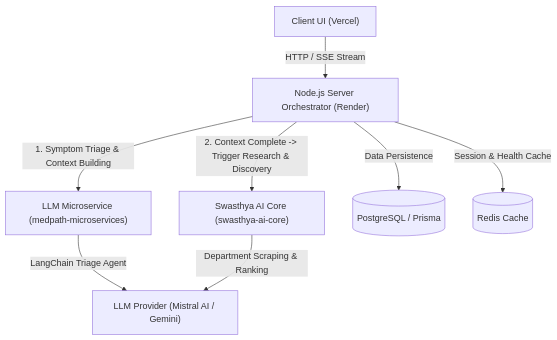
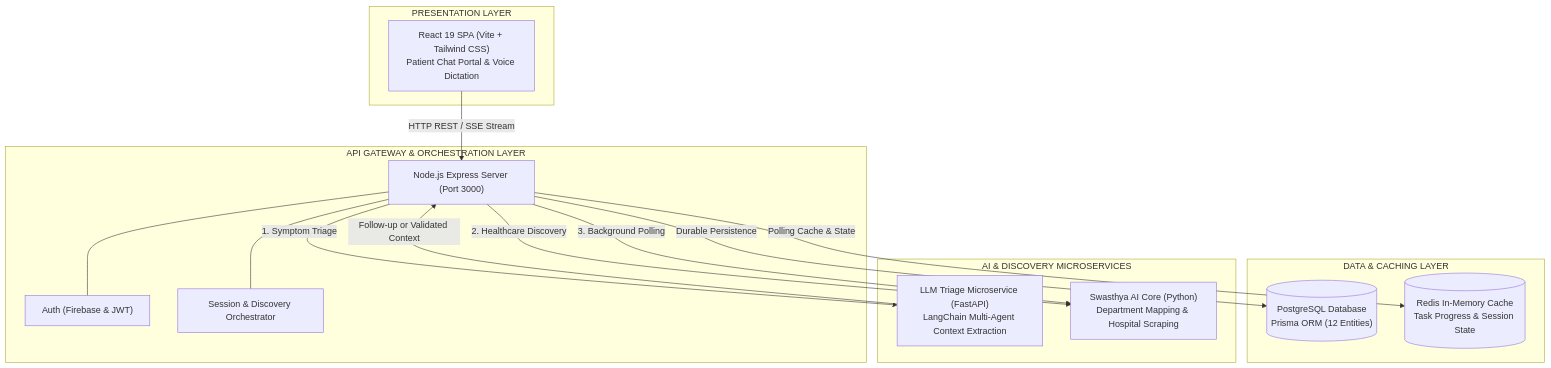
One commit to Amankumar140/MedPath changed the diagram in README.md. Above: the diagram before and after it, drawn with Mermaid. The commit also changed other lines of this file, not shown here.

Commit message:
docs: update system architecture and HLD flow in README.md

````diff
--- a/README.md
+++ b/README.md
@@ -40,10 +42,41 @@
 ```mermaid
-graph TD
-    A["Client UI (Vercel)"] -->|HTTP / SSE Stream| B["Node.js Server Orchestrator (Render)"]
-    B -->|1. Symptom Triage & Context Building| C["LLM Microservice (medpath-microservices)"]
-    B -->|2. Context Complete -> Trigger Research & Discovery| D["Swasthya AI Core (swasthya-ai-core)"]
-    C -->|LangChain Triage Agent| E["LLM Provider (Mistral AI / Gemini)"]
-    D -->|Department Scraping & Ranking| E
-    B -->|Data Persistence| F[(PostgreSQL / Prisma)]
-    B -->|Session & Health Cache| G[(Redis Cache)]
+flowchart TD
+    %% 1. PRESENTATION LAYER
+    subgraph PL["PRESENTATION LAYER"]
+        Client["React 19 SPA (Vite + Tailwind CSS)<br/>Patient Chat Portal & Voice Dictation"]
+    end
+
+    %% 2. API GATEWAY & ORCHESTRATION LAYER
+    subgraph GL["API GATEWAY & ORCHESTRATION LAYER"]
+        Gateway["Node.js Express Server (Port 3000)"]
+        Auth["Auth (Firebase & JWT)"]
+        Orch["Session & Discovery Orchestrator"]
+        Gateway --- Auth
+        Gateway --- Orch
+    end
+
+    %% 3. DATA & CACHING LAYER
+    subgraph DL["DATA & CACHING LAYER"]
+        PostgresDB[("PostgreSQL Database<br/>Prisma ORM (12 Entities)")]
+        RedisCache[("Redis In-Memory Cache<br/>Task Progress & Session State")]
+    end
+
+    %% 4. AI & DISCOVERY MICROSERVICES
+    subgraph ML["AI & DISCOVERY MICROSERVICES"]
+        LLMService["LLM Triage Microservice (FastAPI)<br/>LangChain Multi-Agent Context Extraction"]
+        SwasthyaCore["Swasthya AI Core (Python)<br/>Department Mapping & Hospital Scraping"]
+    end
+
+    %% Communication Flow
+    Client -->|HTTP REST / SSE Stream| Gateway
+
+    Gateway -->|1. Symptom Triage| LLMService
+
+    LLMService -->|Follow-up or Validated Context| Gateway
+
+    Gateway -->|2. Healthcare Discovery| SwasthyaCore
+    Gateway -->|3. Background Polling| SwasthyaCore
+
+    Gateway -->|Polling Cache & State| RedisCache
+    Gateway -->|Durable Persistence| PostgresDB
 ```
````
